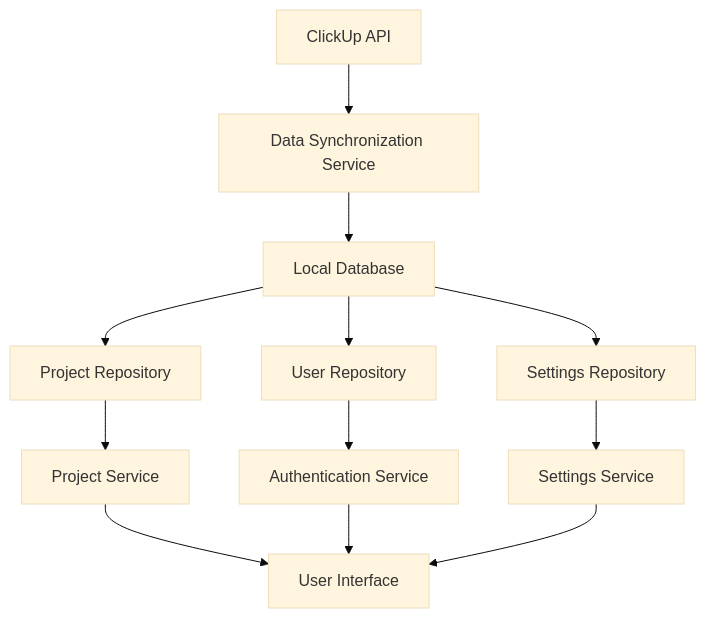
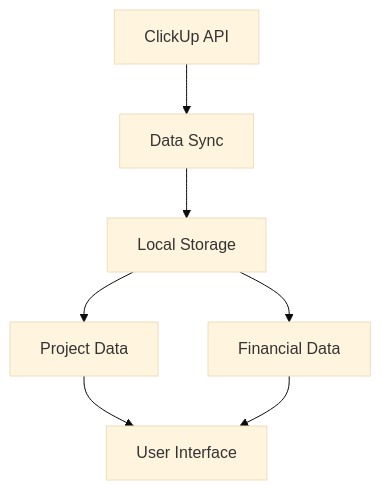
The sixth of 6 diagrams in memory-bank/systemPatterns.md (CurrentMediaCreative/Current-Media-Project-Management-System), drawn with Mermaid (base theme) before and after one commit. The commit also changed other lines of this file and 207 other files, not shown here.

First line of the commit message:
feat: Implement feature-based project structure and Project Creation Flow

````diff
--- a/memory-bank/systemPatterns.md
+++ b/memory-bank/systemPatterns.md
@@ -164,17 +214,11 @@
 ```mermaid
 flowchart TD
-    ClickUp[ClickUp API] --> DataSync[Data Synchronization Service]
-    DataSync --> LocalDB[Local Database]
+    ClickUp[ClickUp API] --> Sync[Data Sync]
+    Sync --> Local[Local Storage]
     
-    LocalDB --> ProjectRepo[Project Repository]
-    LocalDB --> UserRepo[User Repository]
-    LocalDB --> SettingsRepo[Settings Repository]
+    Local --> Projects[Project Data]
+    Local --> Financial[Financial Data]
     
-    ProjectRepo --> ProjectService[Project Service]
-    UserRepo --> AuthService[Authentication Service]
-    SettingsRepo --> SettingsService[Settings Service]
-    
-    ProjectService --> UI[User Interface]
-    AuthService --> UI
-    SettingsService --> UI
+    Projects --> UI[User Interface]
+    Financial --> UI
 ```
````
